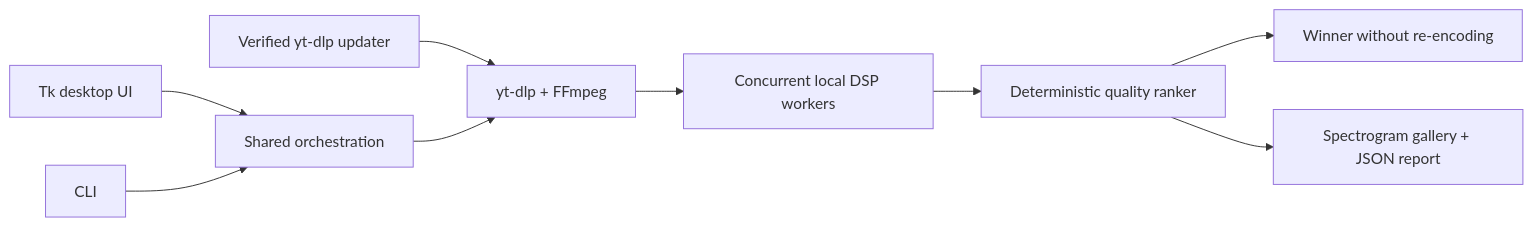
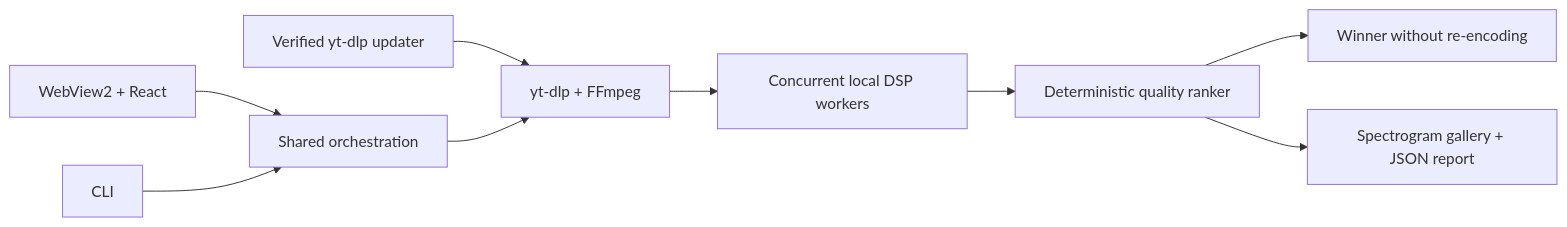
The diagram in README.md (emmzde/track-judge), drawn with Mermaid before and after one commit. The commit also changed other lines of this file and 7 other files, not shown here.

````diff
--- a/README.md
+++ b/README.md
@@ -49,11 +51,11 @@
 ```mermaid
 flowchart LR
-    GUI["Tk desktop UI"] --> CORE["Shared orchestration"]
+    GUI["WebView2 + React"] --> CORE["Shared orchestration"]
     CLI["CLI"] --> CORE
     UPDATE["Verified yt-dlp updater"] --> MEDIA["yt-dlp + FFmpeg"]
     CORE --> MEDIA
     MEDIA --> DSP["Concurrent local DSP workers"]
     DSP --> RANK["Deterministic quality ranker"]
     RANK --> WINNER["Winner without re-encoding"]
     RANK --> EVIDENCE["Spectrogram gallery + JSON report"]
 ```
````
